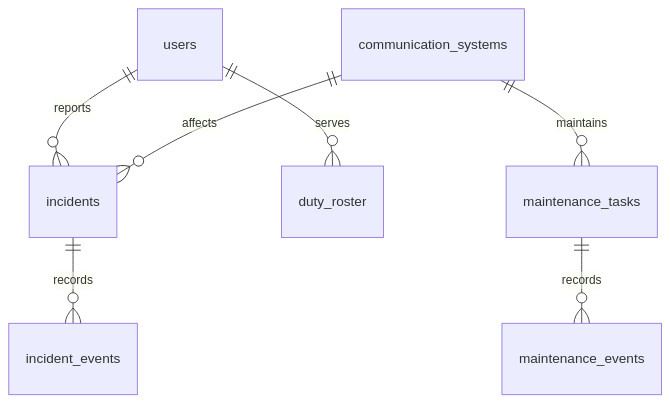
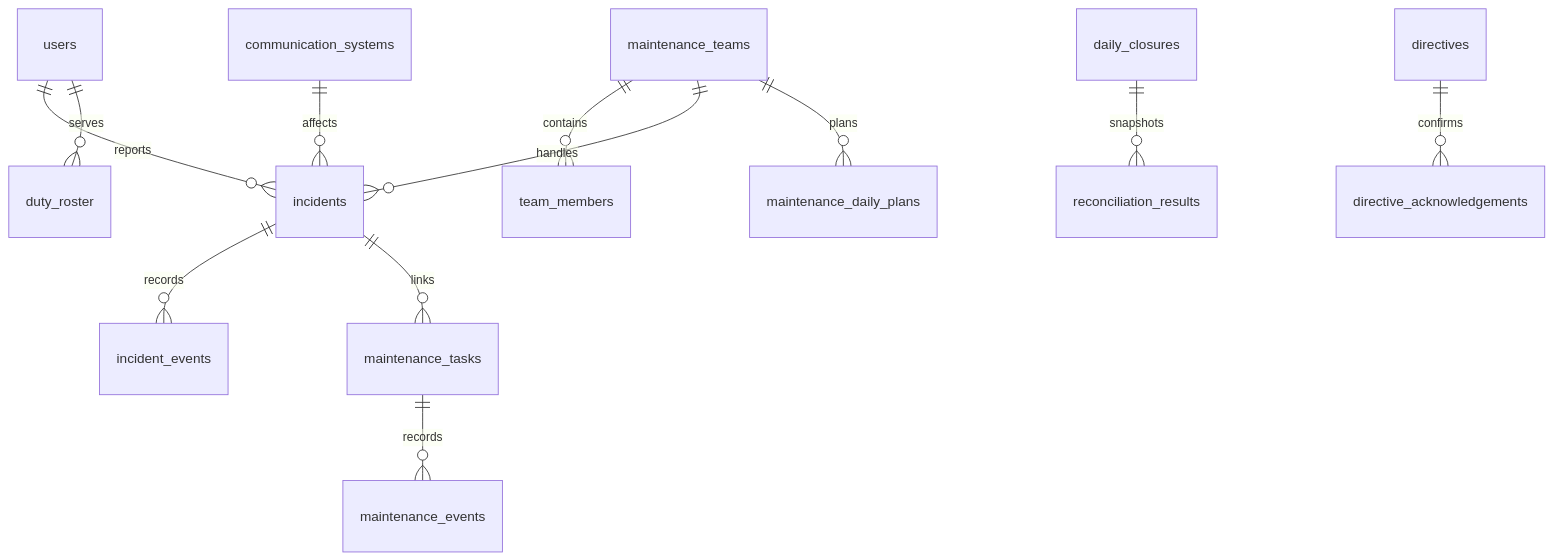
Before and after one commit to MIL-PROJECT/OMNIS: the diagram in docs/DATABASE.md, drawn with Mermaid. The commit also changed other lines of this file and 48 other files, not shown here.

````diff
--- a/docs/DATABASE.md
+++ b/docs/DATABASE.md
@@ -5,9 +13,14 @@
 ```mermaid
 erDiagram
  users ||--o{ incidents : reports
  users ||--o{ duty_roster : serves
+ maintenance_teams ||--o{ team_members : contains
+ maintenance_teams ||--o{ incidents : handles
  communication_systems ||--o{ incidents : affects
- communication_systems ||--o{ maintenance_tasks : maintains
  incidents ||--o{ incident_events : records
+ incidents ||--o{ maintenance_tasks : links
  maintenance_tasks ||--o{ maintenance_events : records
+ maintenance_teams ||--o{ maintenance_daily_plans : plans
+ daily_closures ||--o{ reconciliation_results : snapshots
+ directives ||--o{ directive_acknowledgements : confirms
 ```
````
